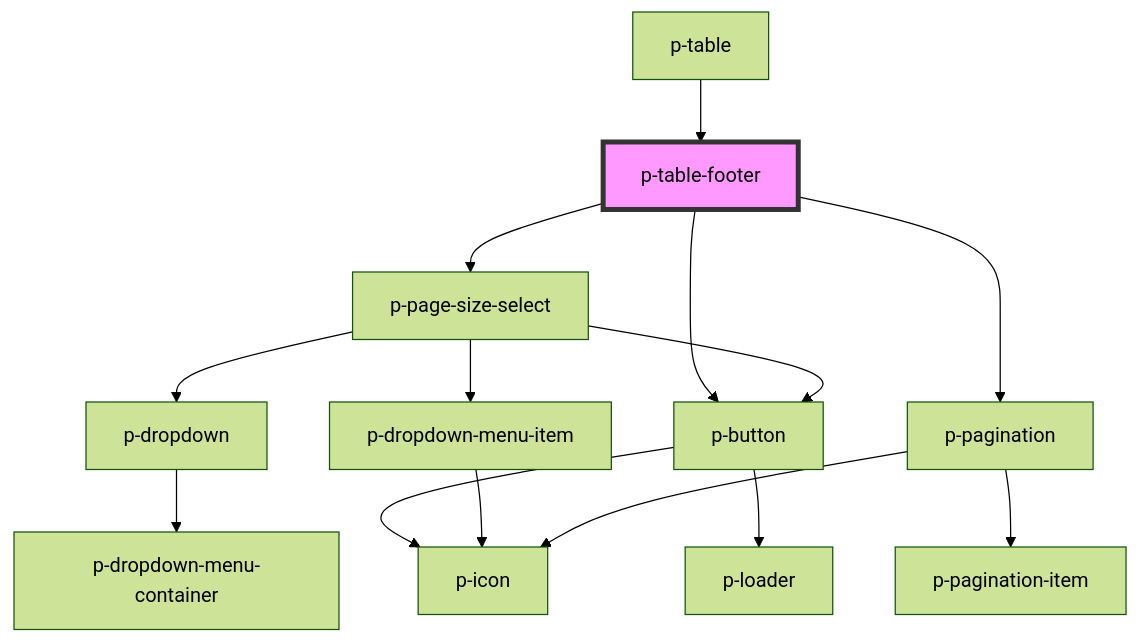
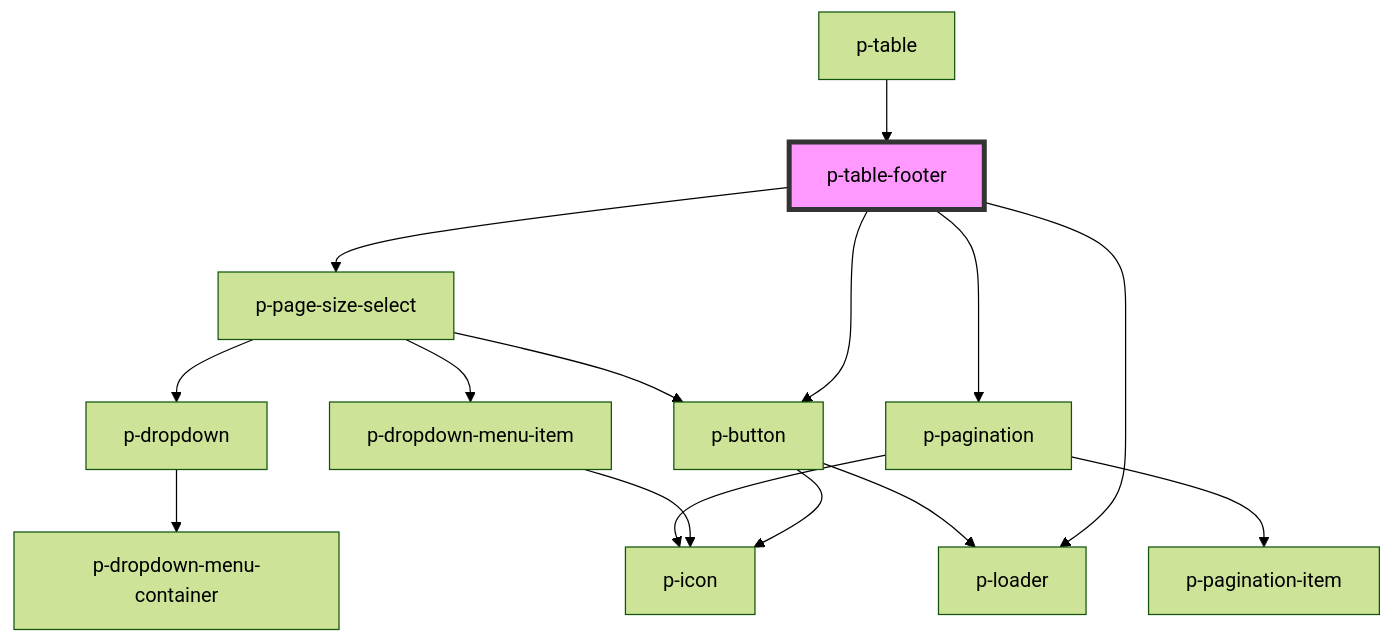
Before and after one commit to Employes/paperless: the diagram in packages/core/src/components/molecules/table-footer/readme.md, drawn with Mermaid (forest theme). The commit also changed other lines of this file and 5 other files, not shown here.

````diff
--- a/packages/core/src/components/molecules/table-footer/readme.md
+++ b/packages/core/src/components/molecules/table-footer/readme.md
@@ -44,17 +46,18 @@
 ```mermaid
 graph TD;
   p-table-footer --> p-page-size-select
+  p-table-footer --> p-loader
   p-table-footer --> p-pagination
   p-table-footer --> p-button
   p-page-size-select --> p-dropdown
   p-page-size-select --> p-button
   p-page-size-select --> p-dropdown-menu-item
   p-dropdown --> p-dropdown-menu-container
   p-button --> p-icon
   p-button --> p-loader
   p-dropdown-menu-item --> p-icon
   p-pagination --> p-icon
   p-pagination --> p-pagination-item
   p-table --> p-table-footer
   style p-table-footer fill:#f9f,stroke:#333,stroke-width:4px
 ```
````
